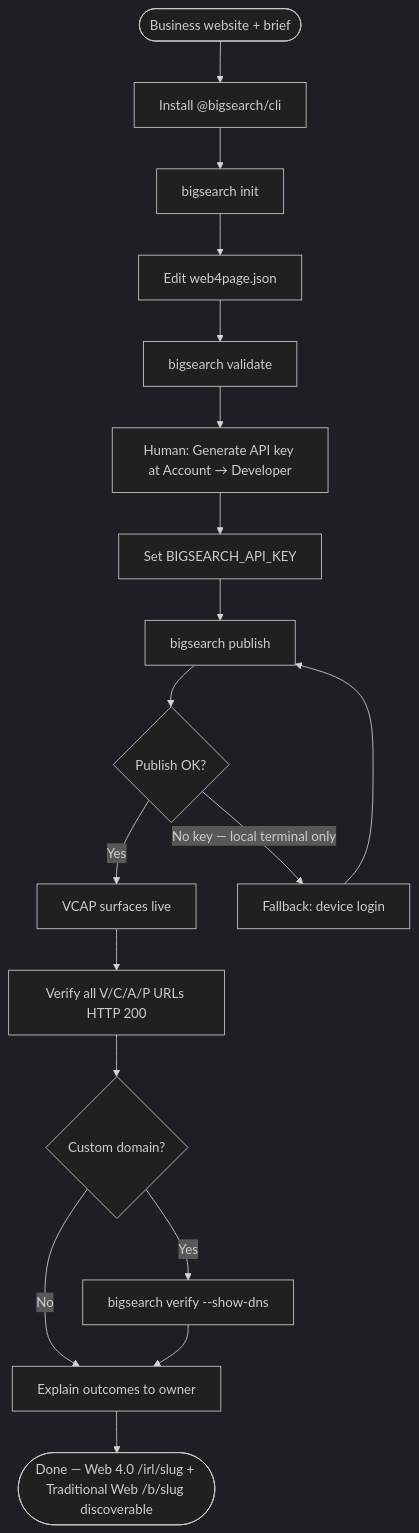
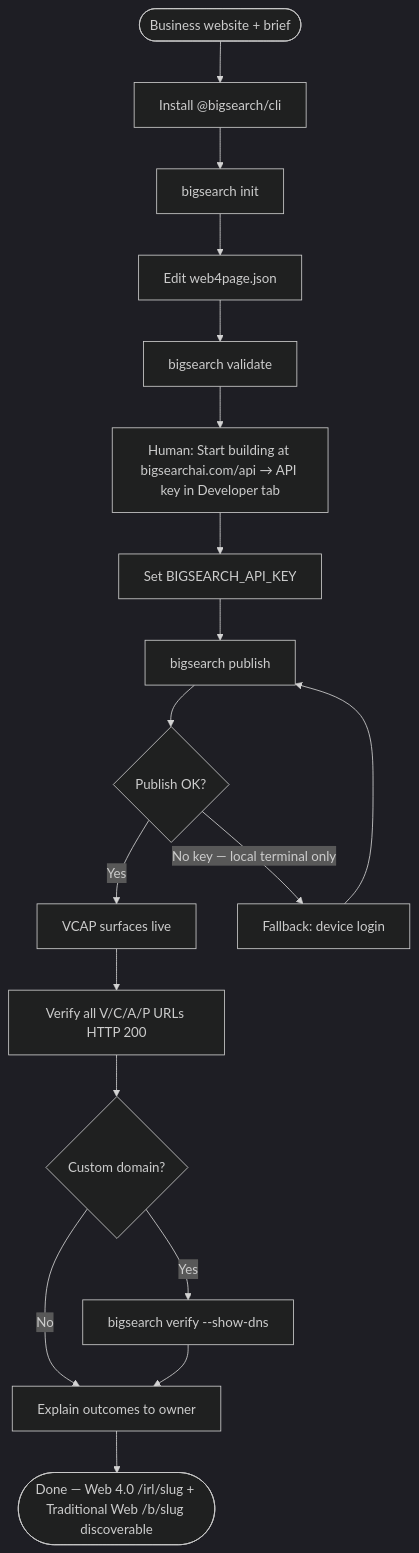
Before and after one commit to gridnet-ai/publishtoai-cursor-plugin: the diagram in skills/bigsearch-irl/SKILL.md, drawn with Mermaid (dark theme). The commit also changed other lines of this file, not shown here.

First line of the commit message:
fix(skill): point auth step to /api publish funnel

````diff
--- a/skills/bigsearch-irl/SKILL.md
+++ b/skills/bigsearch-irl/SKILL.md
@@ -22,20 +25,20 @@
 ```mermaid
 flowchart TB
   A([Business website + brief]) --> B[Install @bigsearch/cli]
   B --> C[bigsearch init]
   C --> D[Edit web4page.json]
   D --> E[bigsearch validate]
-  E --> F[Human: Generate API key at Account → Developer]
+  E --> F[Human: Start building at bigsearchai.com/api → API key in Developer tab]
   F --> G[Set BIGSEARCH_API_KEY]
   G --> H[bigsearch publish]
   H --> I{Publish OK?}
   I -->|Yes| J[VCAP surfaces live]
   I -->|No key — local terminal only| K[Fallback: device login]
   K --> H
   J --> L[Verify all V/C/A/P URLs HTTP 200]
   L --> M{Custom domain?}
   M -->|Yes| N[bigsearch verify --show-dns]
   M -->|No| O[Explain outcomes to owner]
   N --> O
   O --> P([Done — Web 4.0 /irl/slug + Traditional Web /b/slug discoverable])
 ```
````
